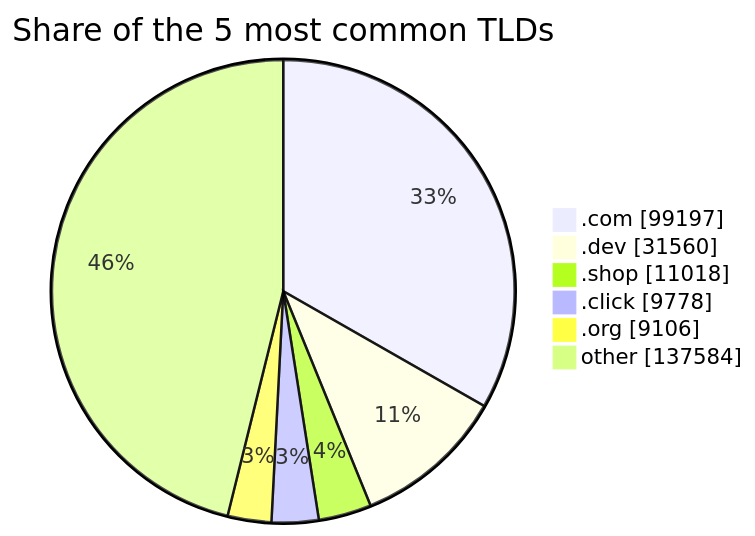
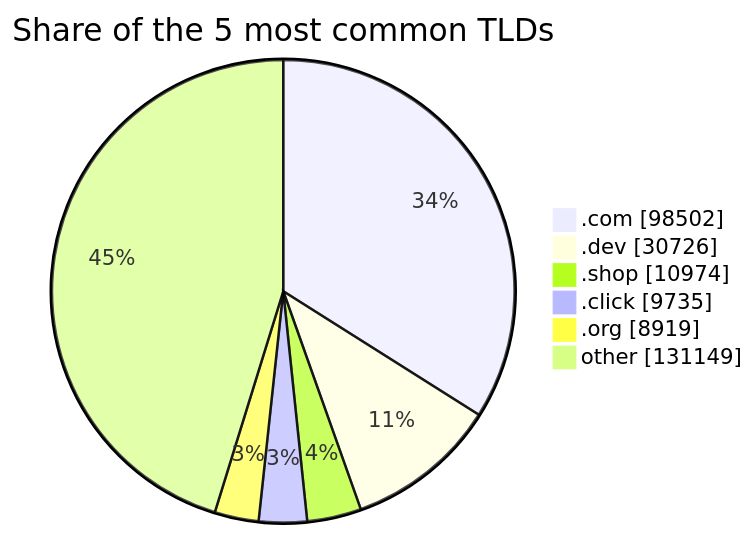
Before and after one commit to DNSBunker/CTI: the third of 3 diagrams in README.md, drawn with Mermaid. The commit also changed other lines of this file and 3 other files, not shown here.

````diff
--- a/README.md
+++ b/README.md
@@ -81,9 +81,9 @@
 ```mermaid
 pie showData title Share of the 5 most common TLDs
-    ".com" : 99197
-    ".dev" : 31560
-    ".shop" : 11018
-    ".click" : 9778
-    ".org" : 9106
-    "other" : 137584
+    ".com" : 98502
+    ".dev" : 30726
+    ".shop" : 10974
+    ".click" : 9735
+    ".org" : 8919
+    "other" : 131149
 ```
````
